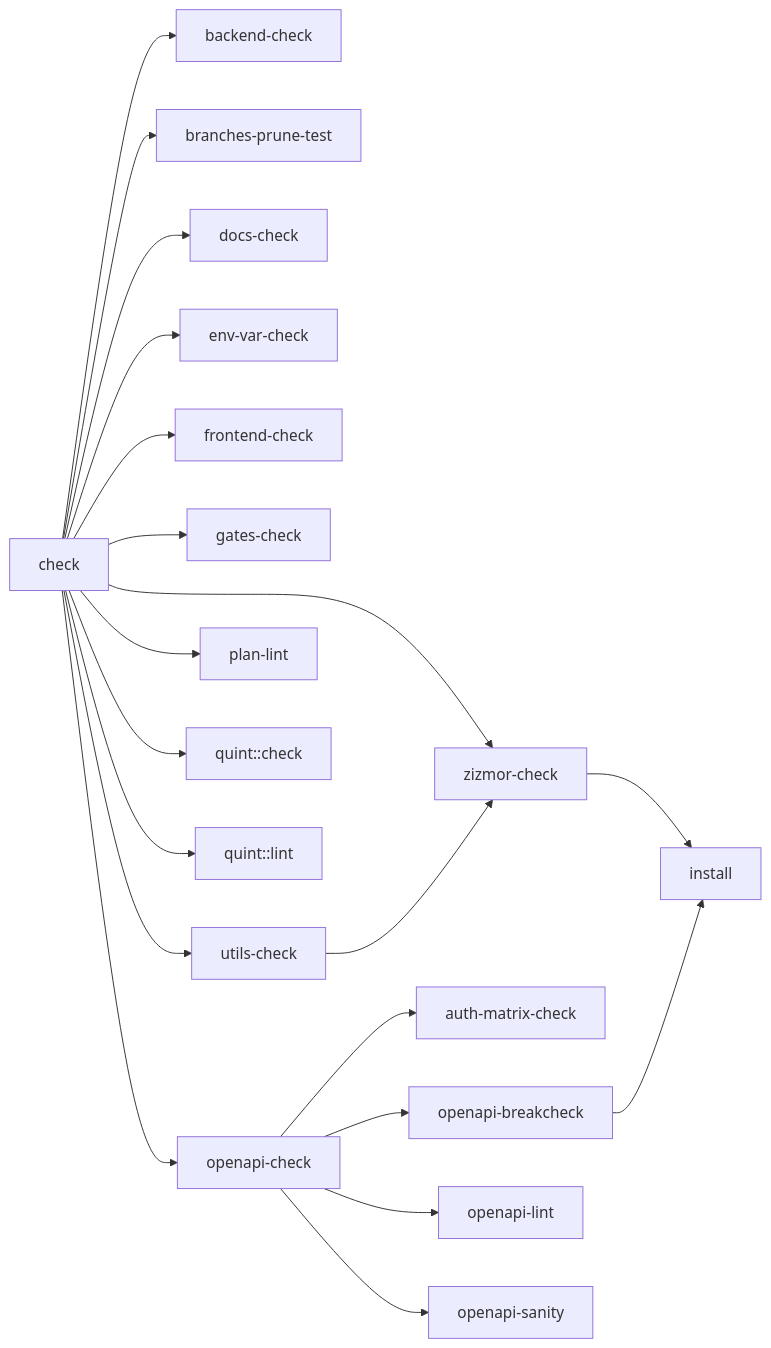
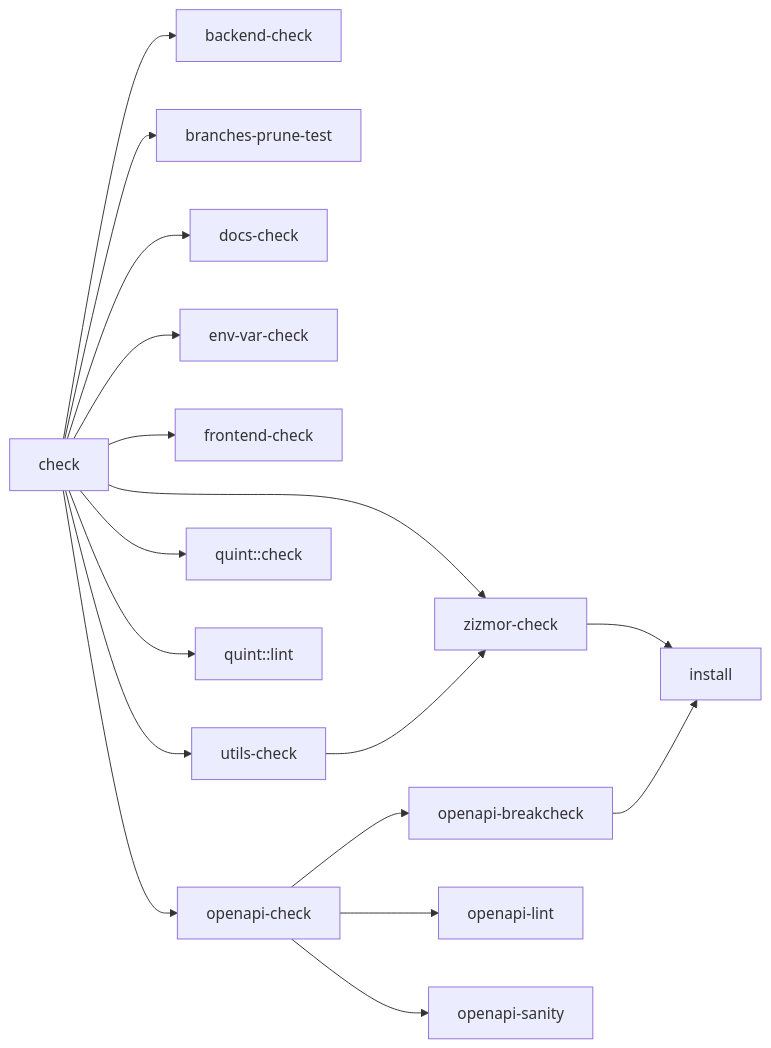
Before and after one commit to codesam88/picasu: the first of 11 diagrams in docs/quality-gates.md, drawn with Mermaid. The commit also changed other lines of this file and 212 other files, not shown here.

````diff
--- a/docs/quality-gates.md
+++ b/docs/quality-gates.md
@@ -9,22 +10,19 @@
 ```mermaid
 graph LR
   check --> backend-check
   check --> branches-prune-test
   check --> docs-check
   check --> env-var-check
   check --> frontend-check
-  check --> gates-check
   check --> openapi-check
-  check --> plan-lint
   check --> quint::check
   check --> quint::lint
   check --> utils-check
   check --> zizmor-check
-  openapi-check --> auth-matrix-check
   openapi-check --> openapi-breakcheck
   openapi-check --> openapi-lint
   openapi-check --> openapi-sanity
   utils-check --> zizmor-check
   zizmor-check --> install
   openapi-breakcheck --> install
 ```
````
